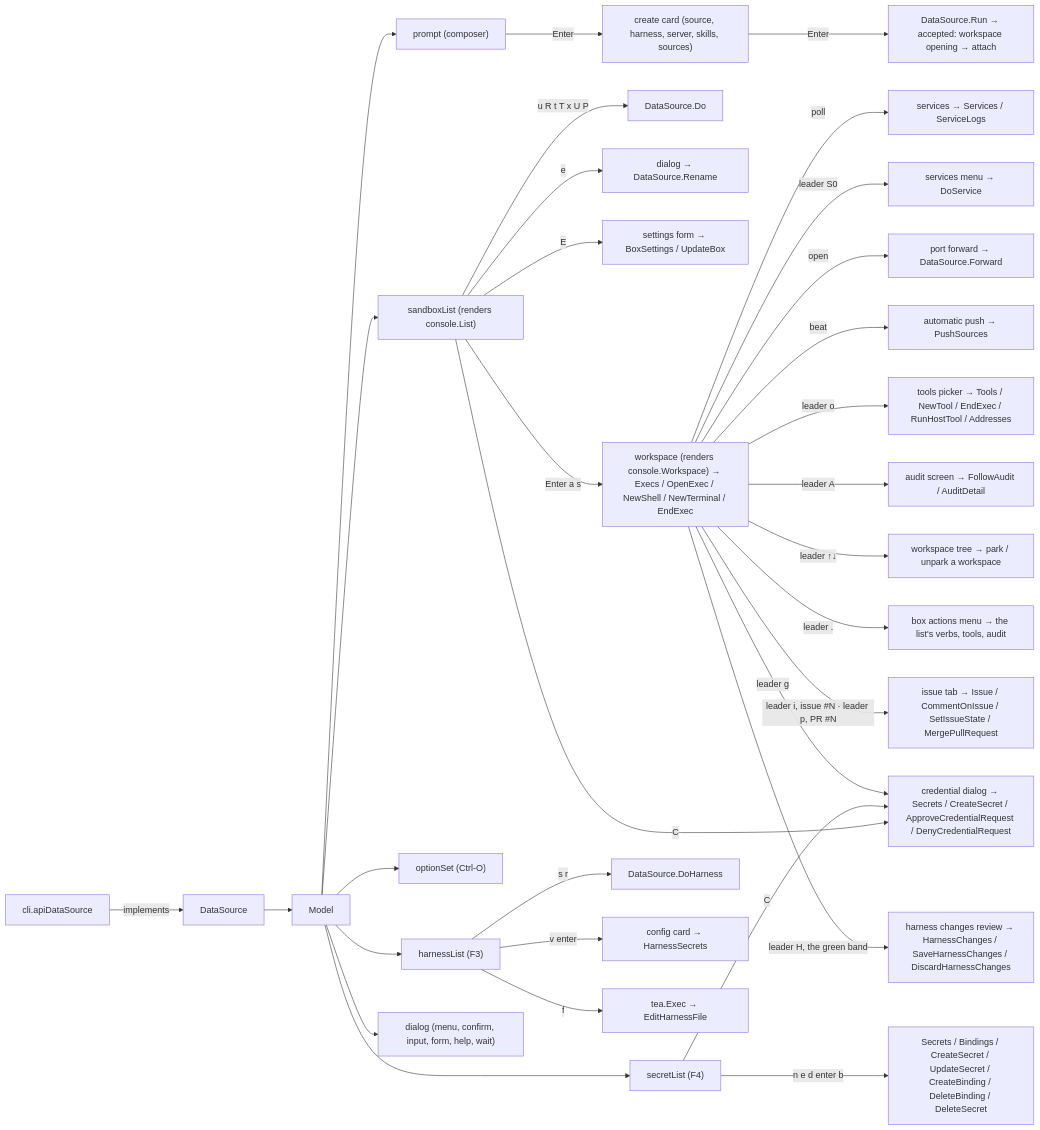
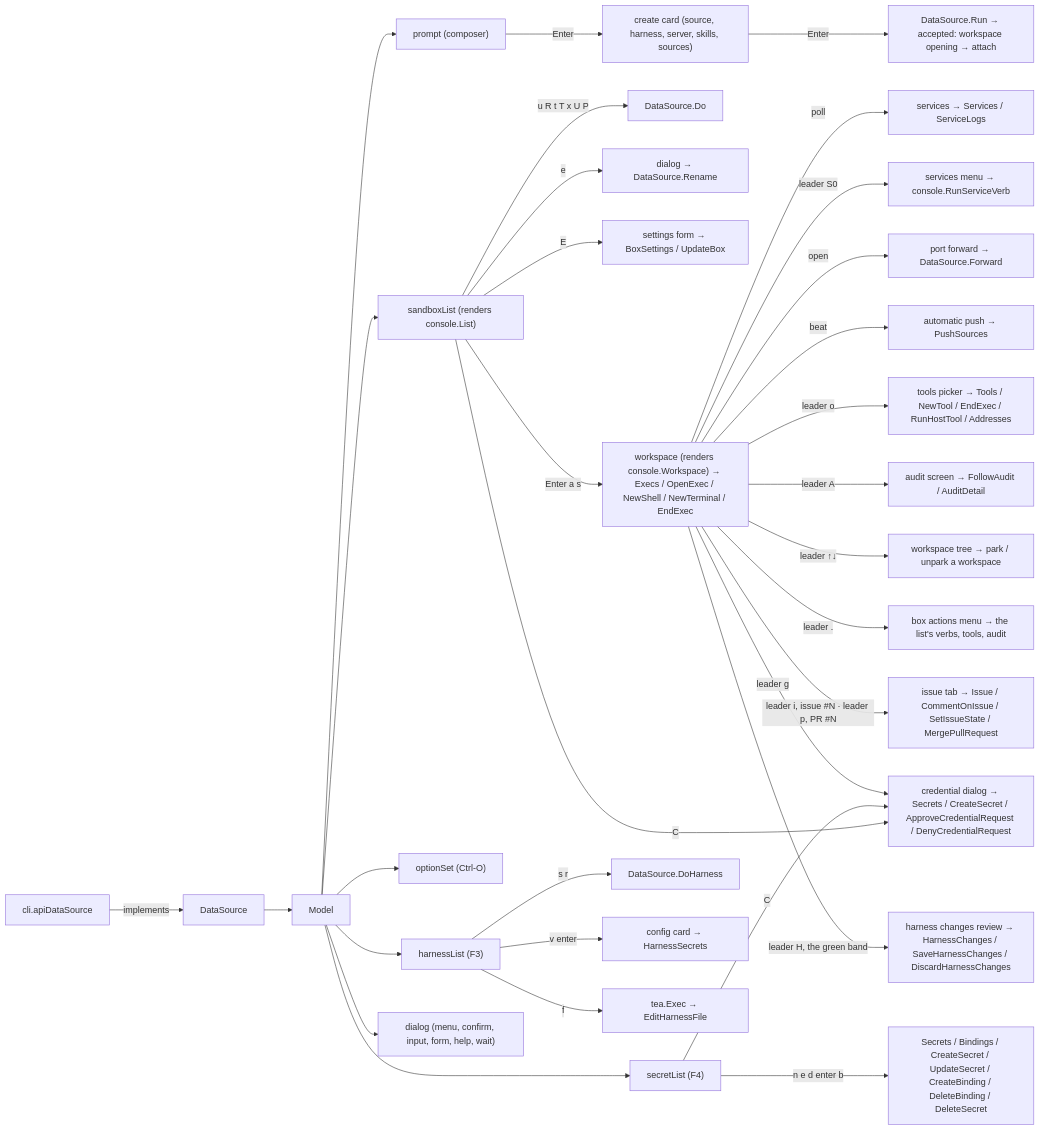
Before and after one commit to discobox-ai/discobox: the first of 2 diagrams in cli/internal/tui/DESIGN.md, drawn with Mermaid. The commit also changed other lines of this file and 9 other files, not shown here.

First line of the commit message:
feat(console): a service's tabs, card, streams and verbs are the core's

````diff
--- a/cli/internal/tui/DESIGN.md
+++ b/cli/internal/tui/DESIGN.md
@@ -14,34 +14,34 @@
 ```mermaid
 flowchart LR
     CLI["cli.apiDataSource"] -->|implements| DS["DataSource"]
     DS --> M["Model"]
     M --> P["prompt (composer)"]
     M --> L["sandboxList (renders console.List)"]
     M --> O["optionSet (Ctrl-O)"]
     M --> A["harnessList (F3)"]
     M --> D["dialog (menu, confirm, input, form, help, wait)"]
     P -->|Enter| Card["create card (source, harness, server, skills, sources)"]
     Card -->|Enter| Run["DataSource.Run → accepted: workspace opening → attach"]
     L -->|u R t T x U P| Verb["DataSource.Do"]
     L -->|e| Rename["dialog → DataSource.Rename"]
     L -->|E| Settings["settings form → BoxSettings / UpdateBox"]
     L -->|Enter a s| WS["workspace (renders console.Workspace) → Execs / OpenExec / NewShell / NewTerminal / EndExec"]
     WS -->|poll| Svc["services → Services / ServiceLogs"]
-    WS -->|leader S0| SvcMenu["services menu → DoService"]
+    WS -->|leader S0| SvcMenu["services menu → console.RunServiceVerb"]
     WS -->|open| Fwd["port forward → DataSource.Forward"]
     WS -->|beat| Push["automatic push → PushSources"]
     L -->|C| Cred["credential dialog → Secrets / CreateSecret / ApproveCredentialRequest / DenyCredentialRequest"]
     M --> S["secretList (F4)"]
     S -->|n e d enter b| SVerb["Secrets / Bindings / CreateSecret / UpdateSecret / CreateBinding / DeleteBinding / DeleteSecret"]
     S -->|C| Cred
     WS -->|leader g| Cred
     WS -->|leader o| T["tools picker → Tools / NewTool / EndExec / RunHostTool / Addresses"]
     WS -->|leader A| Aud["audit screen → FollowAudit / AuditDetail"]
     WS -->|leader ↑↓| Tree["workspace tree → park / unpark a workspace"]
     WS -->|leader .| Menu["box actions menu → the list's verbs, tools, audit"]
     WS -->|leader i, issue #N · leader p, PR #N| Iss["issue tab → Issue / CommentOnIssue / SetIssueState / MergePullRequest"]
     A -->|s r| AVerb["DataSource.DoHarness"]
     A -->|v enter| ACard["config card → HarnessSecrets"]
     A -->|f| AExec["tea.Exec → EditHarnessFile"]
     WS -->|leader H, the green band| HC["harness changes review → HarnessChanges / SaveHarnessChanges / DiscardHarnessChanges"]
 ```
````
